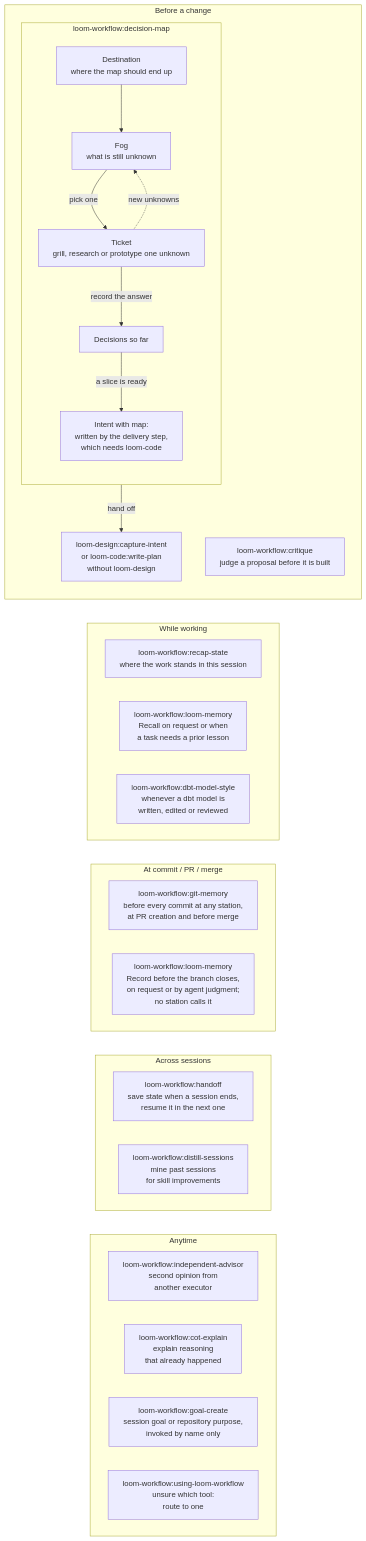
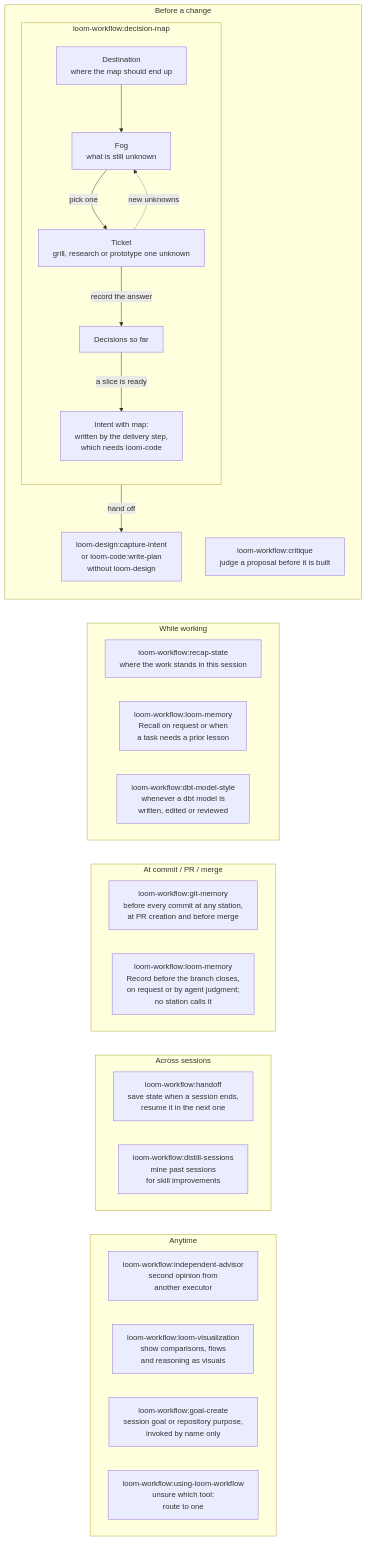
One commit to kouko/loom-plugins changed the diagram in loom-workflow/README.md. Above: the diagram before and after it, drawn with Mermaid. The commit also changed other lines of this file and 156 other files, not shown here.

First line of the commit message:
feat(loom-workflow)!: loom-visualization replaces cot-explain (#7)

````diff
--- a/loom-workflow/README.md
+++ b/loom-workflow/README.md
@@ -35,52 +35,52 @@
 ```mermaid
 %%{init: {"flowchart": {"wrappingWidth": 320}}}%%
 flowchart TD
     subgraph before["Before a change"]
         direction TB
         subgraph dm["loom-workflow:decision-map"]
             direction TB
             dest["Destination<br/>where the map should end up"]
             fog["Fog<br/>what is still unknown"]
             ticket["Ticket<br/>grill, research or prototype one unknown"]
             log["Decisions so far"]
             slice["Intent with map:<br/>written by the delivery step,<br/>which needs loom-code"]
         end
         station["loom-design:capture-intent<br/>or loom-code:write-plan<br/>without loom-design"]
         critique["loom-workflow:critique<br/>judge a proposal before it is built"]
     end
 
     subgraph working["While working"]
         recap["loom-workflow:recap-state<br/>where the work stands in this session"]
         recall["loom-workflow:loom-memory<br/>Recall on request or when<br/>a task needs a prior lesson"]
         dbt["loom-workflow:dbt-model-style<br/>whenever a dbt model is<br/>written, edited or reviewed"]
     end
 
     subgraph commit["At commit / PR / merge"]
         gitmem["loom-workflow:git-memory<br/>before every commit at any station,<br/>at PR creation and before merge"]
         record["loom-workflow:loom-memory<br/>Record before the branch closes,<br/>on request or by agent judgment;<br/>no station calls it"]
     end
 
     subgraph sessions["Across sessions"]
         handoff["loom-workflow:handoff<br/>save state when a session ends,<br/>resume it in the next one"]
         distill["loom-workflow:distill-sessions<br/>mine past sessions<br/>for skill improvements"]
     end
 
     subgraph anytime["Anytime"]
         advisor["loom-workflow:independent-advisor<br/>second opinion from<br/>another executor"]
-        cot["loom-workflow:cot-explain<br/>explain reasoning<br/>that already happened"]
+        cot["loom-workflow:loom-visualization<br/>show comparisons, flows<br/>and reasoning as visuals"]
         goal["loom-workflow:goal-create<br/>session goal or repository purpose,<br/>invoked by name only"]
         router["loom-workflow:using-loom-workflow<br/>unsure which tool:<br/>route to one"]
     end
 
     dest --> fog
     fog -->|"pick one"| ticket
     ticket -->|"record the answer"| log
     ticket -.->|"new unknowns"| fog
     log -->|"a slice is ready"| slice
     slice -->|"hand off"| station
 
     before ~~~ working
     working ~~~ commit
     commit ~~~ sessions
     sessions ~~~ anytime
 ```
````
